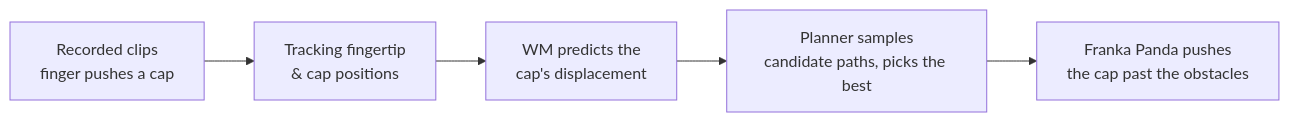
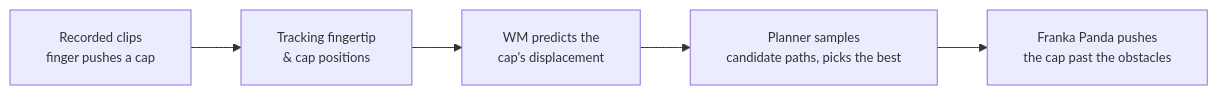
Before and after one commit to arthurlevis/capWM: the diagram in README.md, drawn with Mermaid.

````diff
--- a/README.md
+++ b/README.md
@@ -32,7 +32,8 @@
 ```mermaid
 flowchart LR
+%%{init: {"flowchart": {"padding": 18, "nodeSpacing": 40, "wrappingWidth": 300, "htmlLabels": true}, "themeVariables": {"fontSize": "13px"}}}%%
     A["Recorded clips<br>finger pushes a cap"] --> B["Tracking fingertip<br>& cap positions"]
     B --> C["WM predicts the<br>cap's displacement"]
     C --> D["Planner samples<br>candidate paths, picks the best"]
     D --> E["Franka Panda pushes<br>the cap past the obstacles"]
 ```
````
